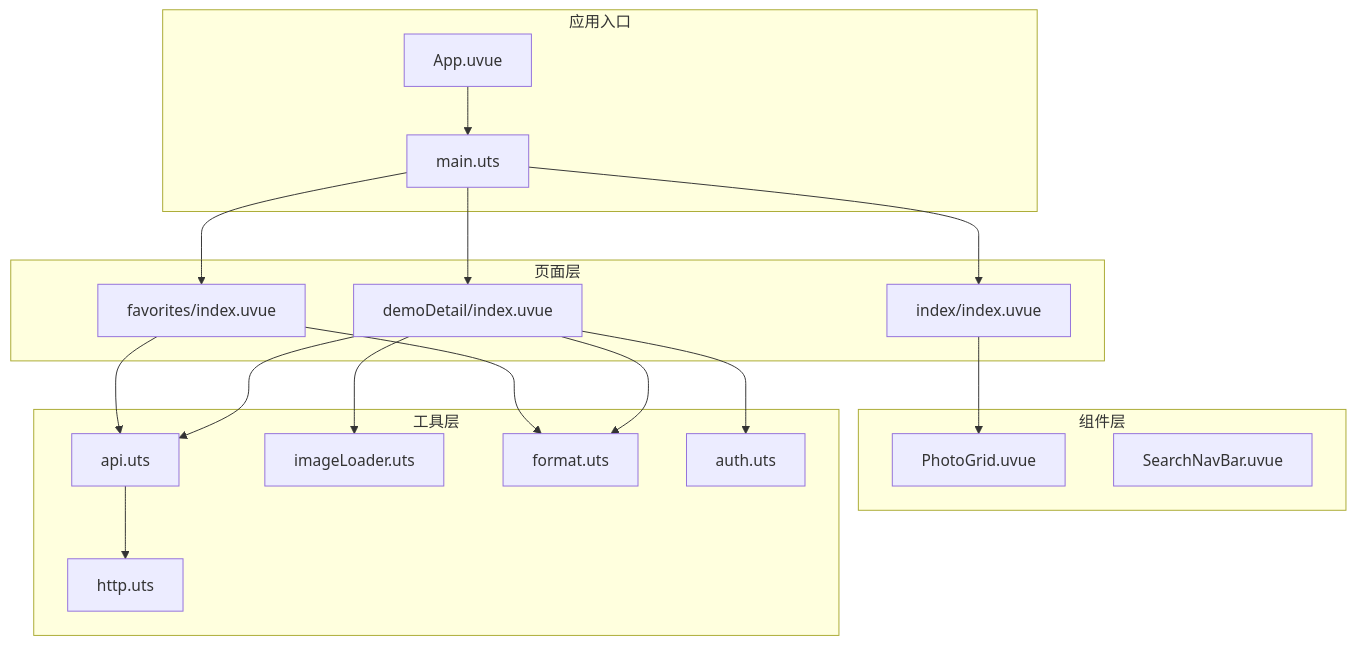
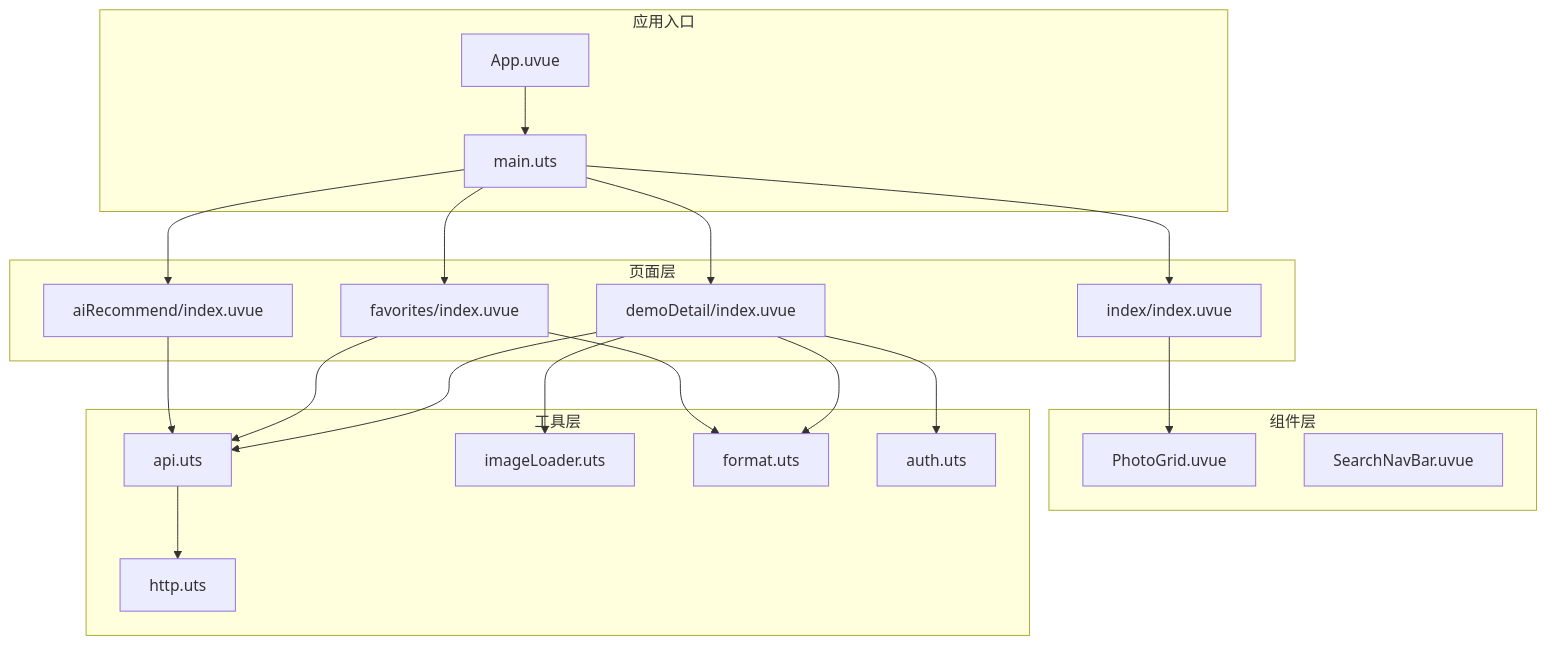
Before and after one commit to crazyma99/blueberry: the first of 11 diagrams in .qoder/repowiki/zh/content/核心功能模块/客片管理系统/客片列表展示/客片列表展示.md, drawn with Mermaid. The commit also changed other lines of this file and 79 other files, not shown here.

````diff
--- a/.qoder/repowiki/zh/content/核心功能模块/客片管理系统/客片列表展示/客片列表展示.md
+++ b/.qoder/repowiki/zh/content/核心功能模块/客片管理系统/客片列表展示/客片列表展示.md
@@ -38,35 +46,38 @@
 ```mermaid
 graph TB
 subgraph "应用入口"
 App[App.uvue]
 Main[main.uts]
 end
 subgraph "页面层"
 Index[index/index.uvue]
 DemoDetail[demoDetail/index.uvue]
 Favorites[favorites/index.uvue]
+AiRecommend[aiRecommend/index.uvue]
 end
 subgraph "组件层"
 PhotoGrid[PhotoGrid.uvue]
 SearchNavBar[SearchNavBar.uvue]
 end
 subgraph "工具层"
 API[api.uts]
 HTTP[http.uts]
 ImageLoader[imageLoader.uts]
 Format[format.uts]
 Auth[auth.uts]
 end
 App --> Main
 Main --> Index
 Main --> DemoDetail
 Main --> Favorites
+Main --> AiRecommend
 Index --> PhotoGrid
 DemoDetail --> API
 Favorites --> API
+AiRecommend --> API
 API --> HTTP
 DemoDetail --> ImageLoader
 DemoDetail --> Format
 DemoDetail --> Auth
 Favorites --> Format
 ```
````
